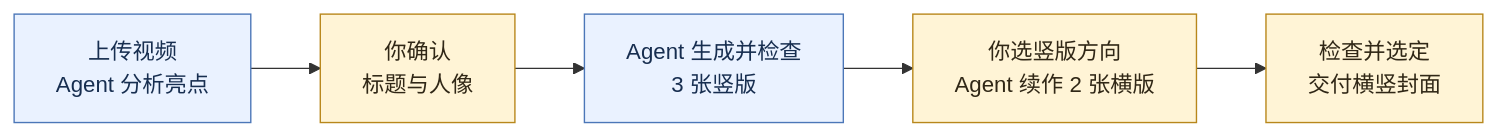
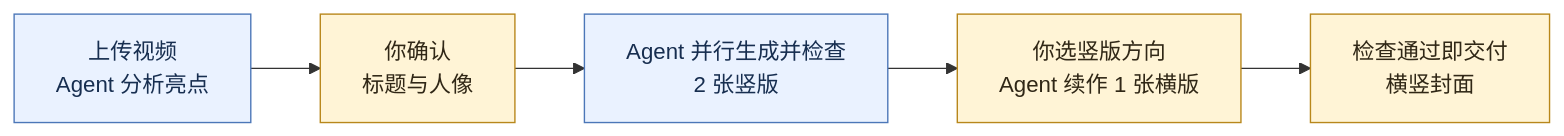
Before and after one commit to joshzhao-ai/Josh-video-cover-skill: the diagram in README.md, drawn with Mermaid. The commit also changed other lines of this file and 18 other files, not shown here.

````diff
--- a/README.md
+++ b/README.md
@@ -133,11 +152,11 @@
 ```mermaid
 flowchart LR
     A[上传视频<br/>Agent 分析亮点] --> B[你确认<br/>标题与人像]
-    B --> C[Agent 生成并检查<br/>3 张竖版]
-    C --> D[你选竖版方向<br/>Agent 续作 2 张横版]
-    D --> E[检查并选定<br/>交付横竖封面]
+    B --> C[Agent 并行生成并检查<br/>2 张竖版]
+    C --> D[你选竖版方向<br/>Agent 续作 1 张横版]
+    D --> E[检查通过即交付<br/>横竖封面]
     classDef user fill:#fff4d6,stroke:#b8871b,color:#302716
     classDef agent fill:#eaf2ff,stroke:#4c77b8,color:#172e50
     class B,D,E user
     class A,C agent
 ```
````
